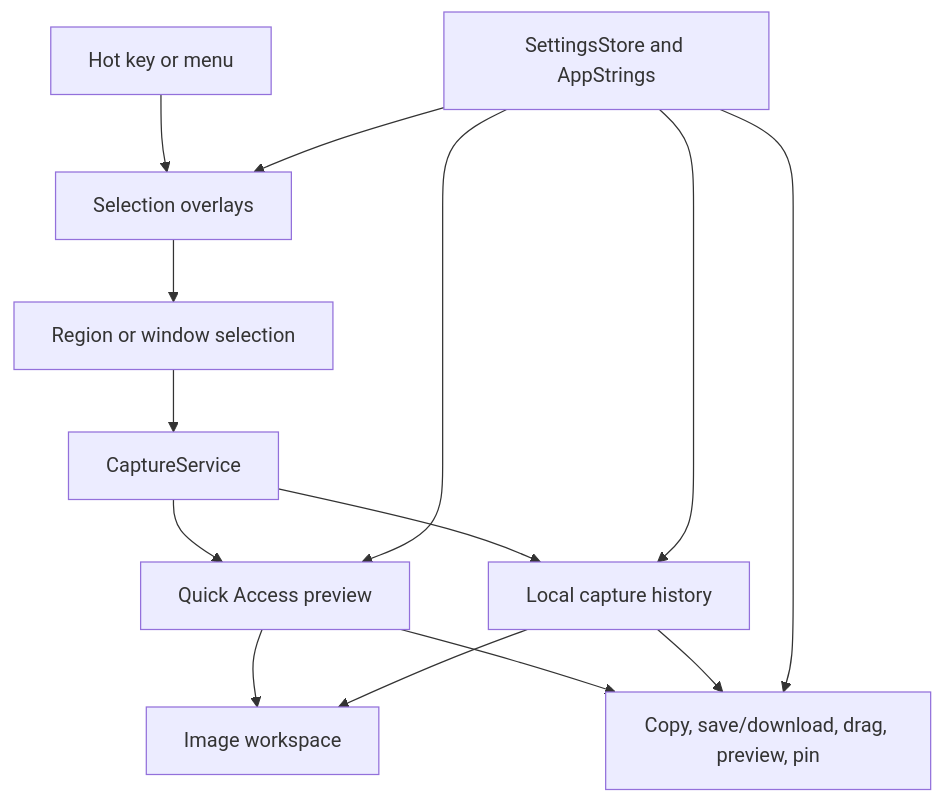
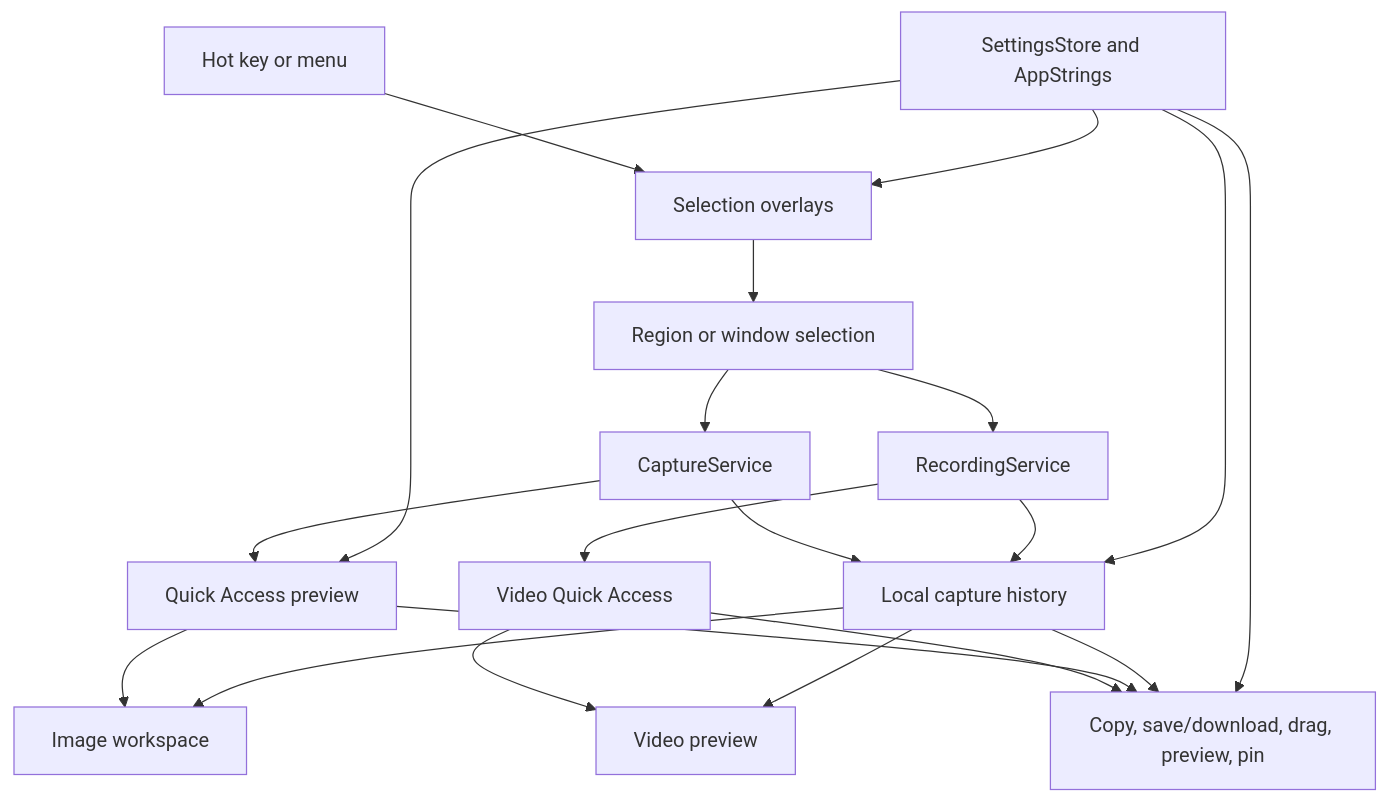
The diagram in docs/architecture.md (deweyou/frame), drawn with Mermaid before and after one commit. The commit also changed other lines of this file and 5 other files, not shown here.

Commit message:
docs: document selection recording workflow

````diff
--- a/docs/architecture.md
+++ b/docs/architecture.md
@@ -3,16 +3,22 @@
 ```mermaid
 flowchart TD
     HotKey[Hot key or menu] --> Overlay[Selection overlays]
     Overlay --> Selection[Region or window selection]
     Selection --> Capture[CaptureService]
+    Selection --> Recording[RecordingService]
     Capture --> History[Local capture history]
     Capture --> QuickAccess[Quick Access preview]
+    Recording --> History
+    Recording --> VideoQuickAccess[Video Quick Access]
+    VideoQuickAccess --> VideoPreview[Video preview]
+    VideoQuickAccess --> Output
     QuickAccess --> Output[Copy, save/download, drag, preview, pin]
     QuickAccess --> Workspace[Image workspace]
     History --> Workspace
+    History --> VideoPreview
     History --> Output
     Settings[SettingsStore and AppStrings] --> Overlay
     Settings --> QuickAccess
     Settings --> Output
     Settings --> History
 ```
````
